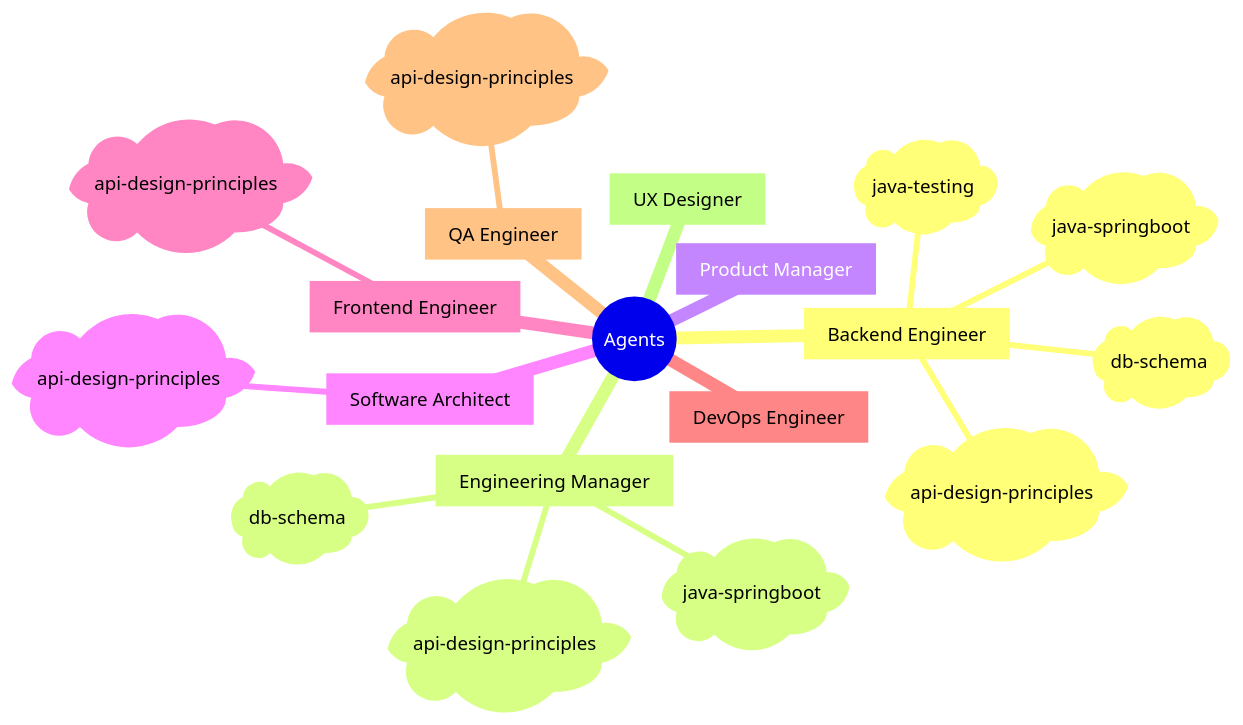
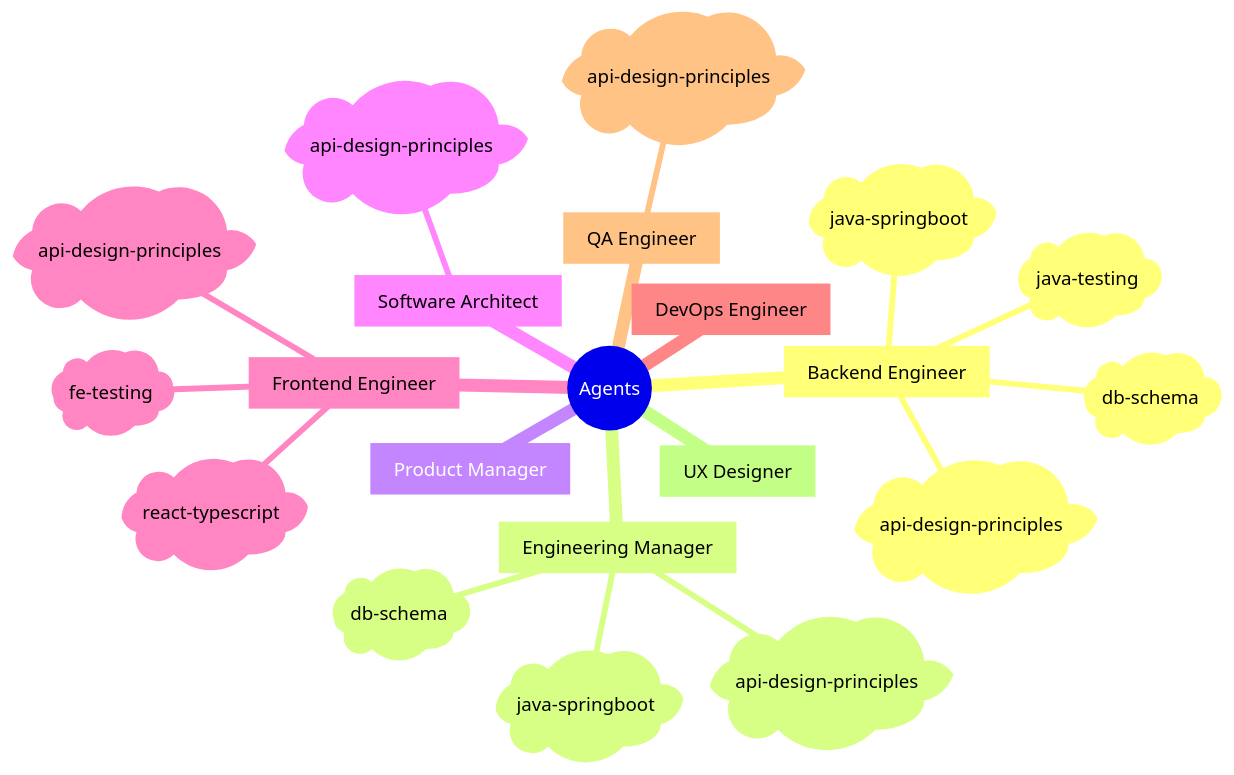
One commit to sans-github/agents changed the first of 3 diagrams in README.md. Above: the diagram before and after it, drawn with Mermaid. The commit also changed other lines of this file and 4 other files, not shown here.

Commit message:
add react-typescript and fe-testing skills to frontend engineer

````diff
--- a/README.md
+++ b/README.md
@@ -35,22 +35,24 @@
 ```mermaid
 mindmap
   root((Agents))
     [Backend Engineer]
       )db-schema(
       )java-springboot(
       )api-design-principles(
       )java-testing(
     [Engineering Manager]
       )db-schema(
       )java-springboot(
       )api-design-principles(
     [Product Manager]
     [Software Architect]
       )api-design-principles(
     [Frontend Engineer]
       )api-design-principles(
+      )react-typescript(
+      )fe-testing(
     [DevOps Engineer]
     [QA Engineer]
       )api-design-principles(
     [UX Designer]
 ```
````
